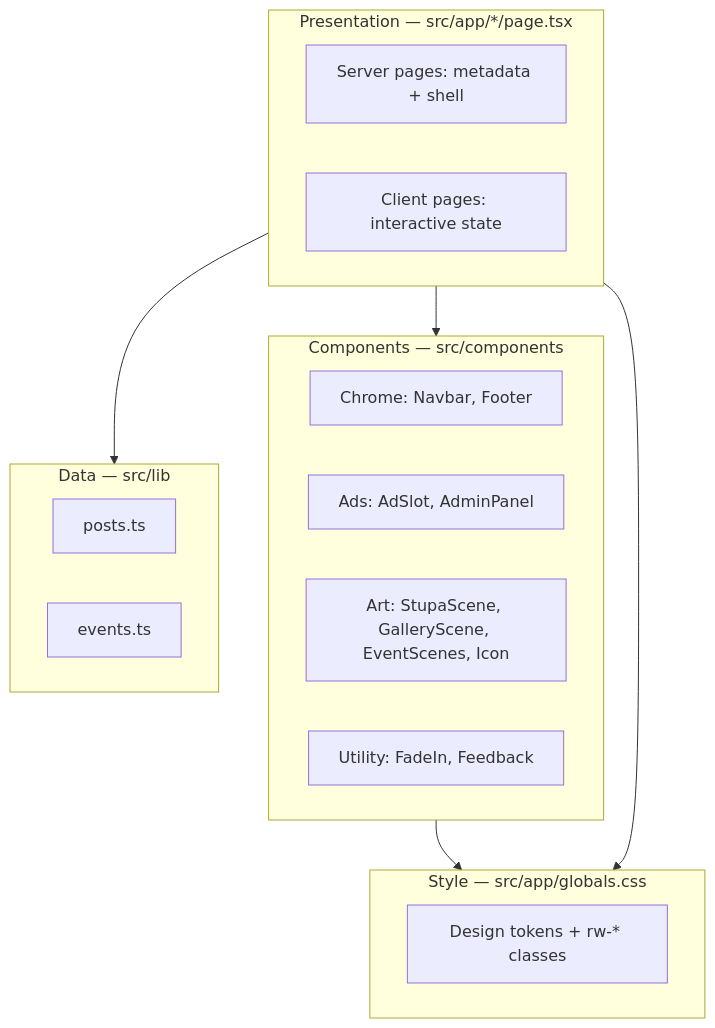
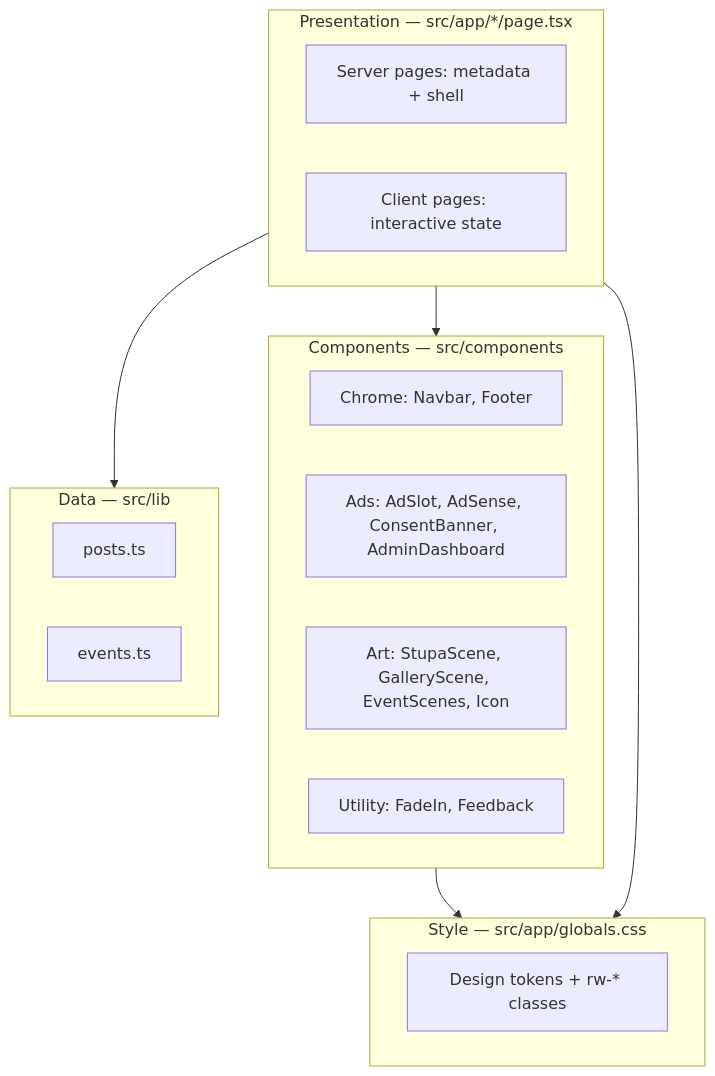
The second of 5 diagrams in docs/ARCHITECTURE.md (LasaKaru/ruwanwelisaya), drawn with Mermaid before and after one commit. The commit also changed other lines of this file and 9 other files, not shown here.

````diff
--- a/docs/ARCHITECTURE.md
+++ b/docs/ARCHITECTURE.md
@@ -35,24 +37,24 @@
 ```mermaid
 flowchart TD
     subgraph Presentation["Presentation — src/app/*/page.tsx"]
         P1["Server pages: metadata + shell"]
         P2["Client pages: interactive state"]
     end
     subgraph Components["Components — src/components"]
         C1["Chrome: Navbar, Footer"]
-        C2["Ads: AdSlot, AdminPanel"]
+        C2["Ads: AdSlot, AdSense, ConsentBanner, AdminDashboard"]
         C3["Art: StupaScene, GalleryScene, EventScenes, Icon"]
         C4["Utility: FadeIn, Feedback"]
     end
     subgraph Data["Data — src/lib"]
         D1["posts.ts"]
         D2["events.ts"]
     end
     subgraph Style["Style — src/app/globals.css"]
         S1["Design tokens + rw-* classes"]
     end
     Presentation --> Components
     Presentation --> Data
     Components --> Style
     Presentation --> Style
 ```
````
